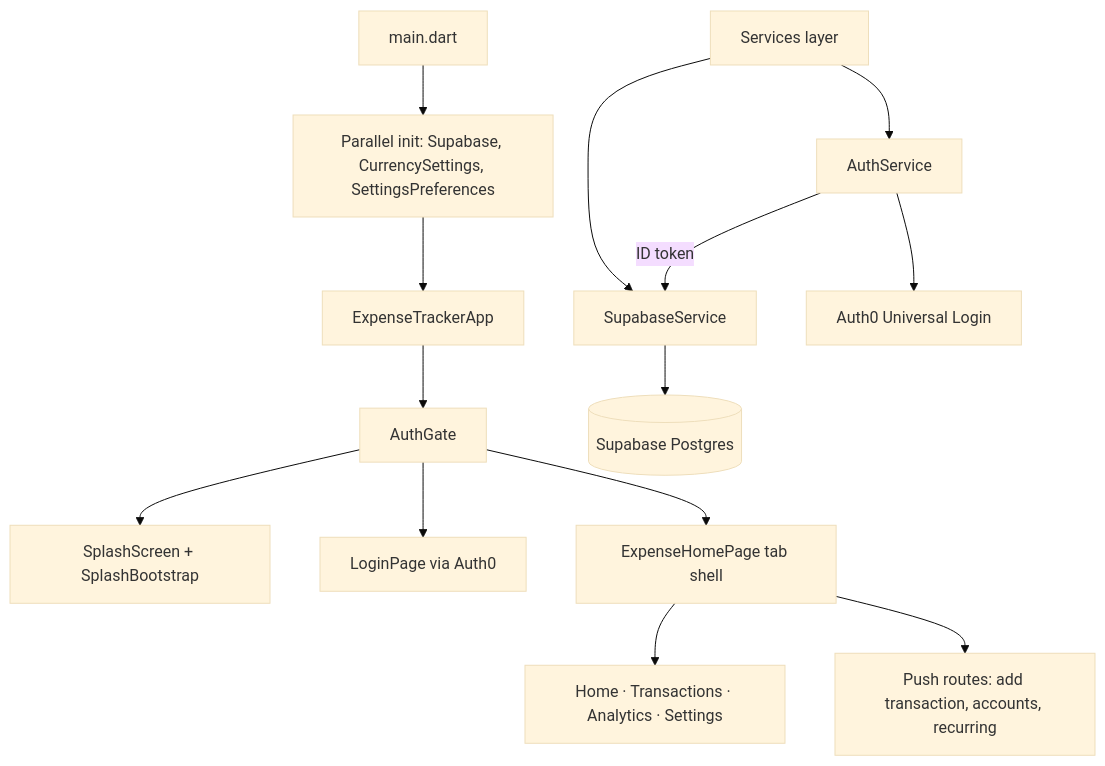
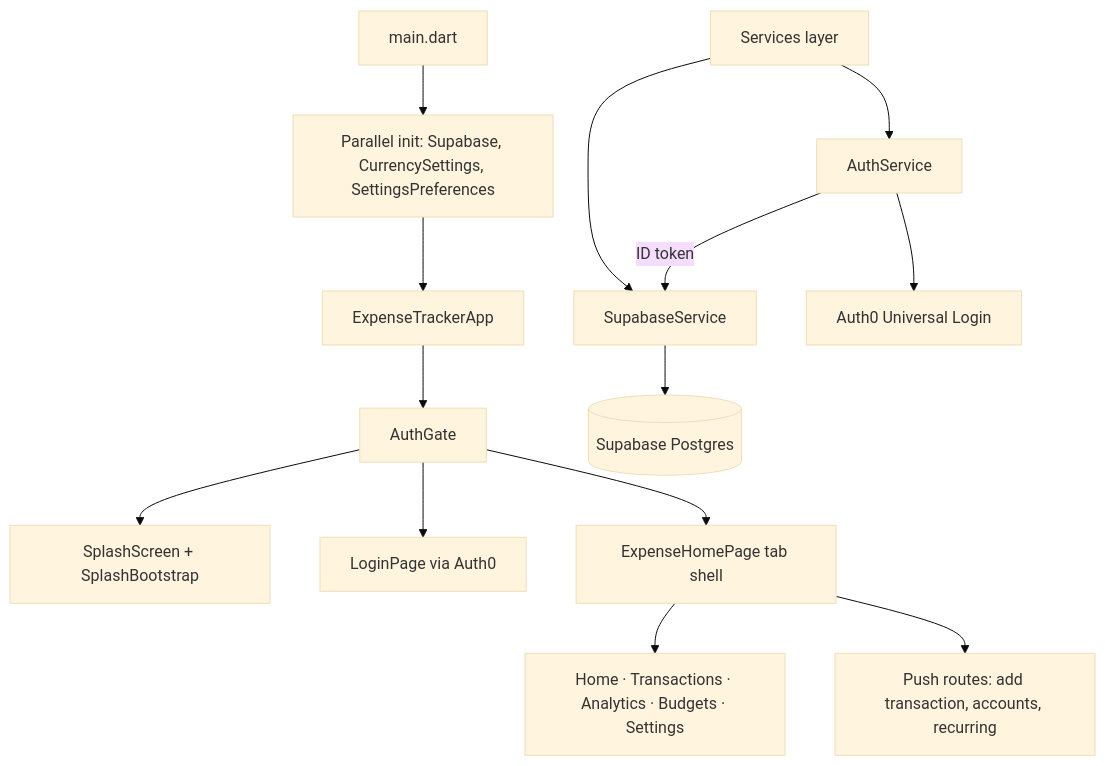
The diagram in docs/ARCHITECTURE.md (shubhamambastha/expense_tracker_app), drawn with Mermaid (base theme) before and after one commit. The commit also changed other lines of this file and 28 other files, not shown here.

````diff
--- a/docs/ARCHITECTURE.md
+++ b/docs/ARCHITECTURE.md
@@ -13,16 +13,16 @@
 ```mermaid
 flowchart TD
   main[main.dart] --> init[Parallel init: Supabase, CurrencySettings, SettingsPreferences]
   init --> app[ExpenseTrackerApp]
   app --> gate[AuthGate]
   gate --> splash[SplashScreen + SplashBootstrap]
   gate --> login[LoginPage via Auth0]
   gate --> home[ExpenseHomePage tab shell]
-  home --> tabs[Home · Transactions · Analytics · Settings]
+  home --> tabs[Home · Transactions · Analytics · Budgets · Settings]
   home --> push[Push routes: add transaction, accounts, recurring]
   services[Services layer] --> supa[SupabaseService]
   services --> auth[AuthService]
   supa --> db[(Supabase Postgres)]
   auth --> auth0[Auth0 Universal Login]
   auth -->|ID token| supa
 ```
````
